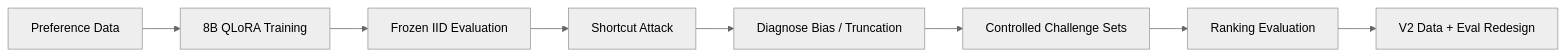
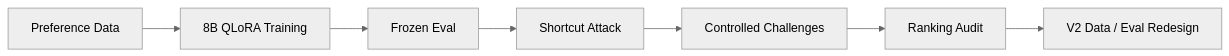
The first of 2 diagrams in .github/README.md (Benjamindaoson/reward-modeling-lab), drawn with Mermaid (neutral theme) before and after one commit. The commit also changed other lines of this file, not shown here.

Commit message:
style: redesign reward modeling landing page around results and evidence

````diff
--- a/.github/README.md
+++ b/.github/README.md
@@ -33,10 +70,9 @@
 ```mermaid
 flowchart LR
-    DATA[Preference Data] --> TRAIN[8B QLoRA Training]
-    TRAIN --> IID[Frozen IID Evaluation]
-    IID --> ATTACK[Shortcut Attack]
-    ATTACK --> DIAG[Diagnose Bias / Truncation]
-    DIAG --> CHALLENGE[Controlled Challenge Sets]
-    CHALLENGE --> RANK[Ranking Evaluation]
-    RANK --> REDESIGN[V2 Data + Eval Redesign]
+    A[Preference Data] --> B[8B QLoRA Training]
+    B --> C[Frozen Eval]
+    C --> D[Shortcut Attack]
+    D --> E[Controlled Challenges]
+    E --> F[Ranking Audit]
+    F --> G[V2 Data / Eval Redesign]
 ```
````
